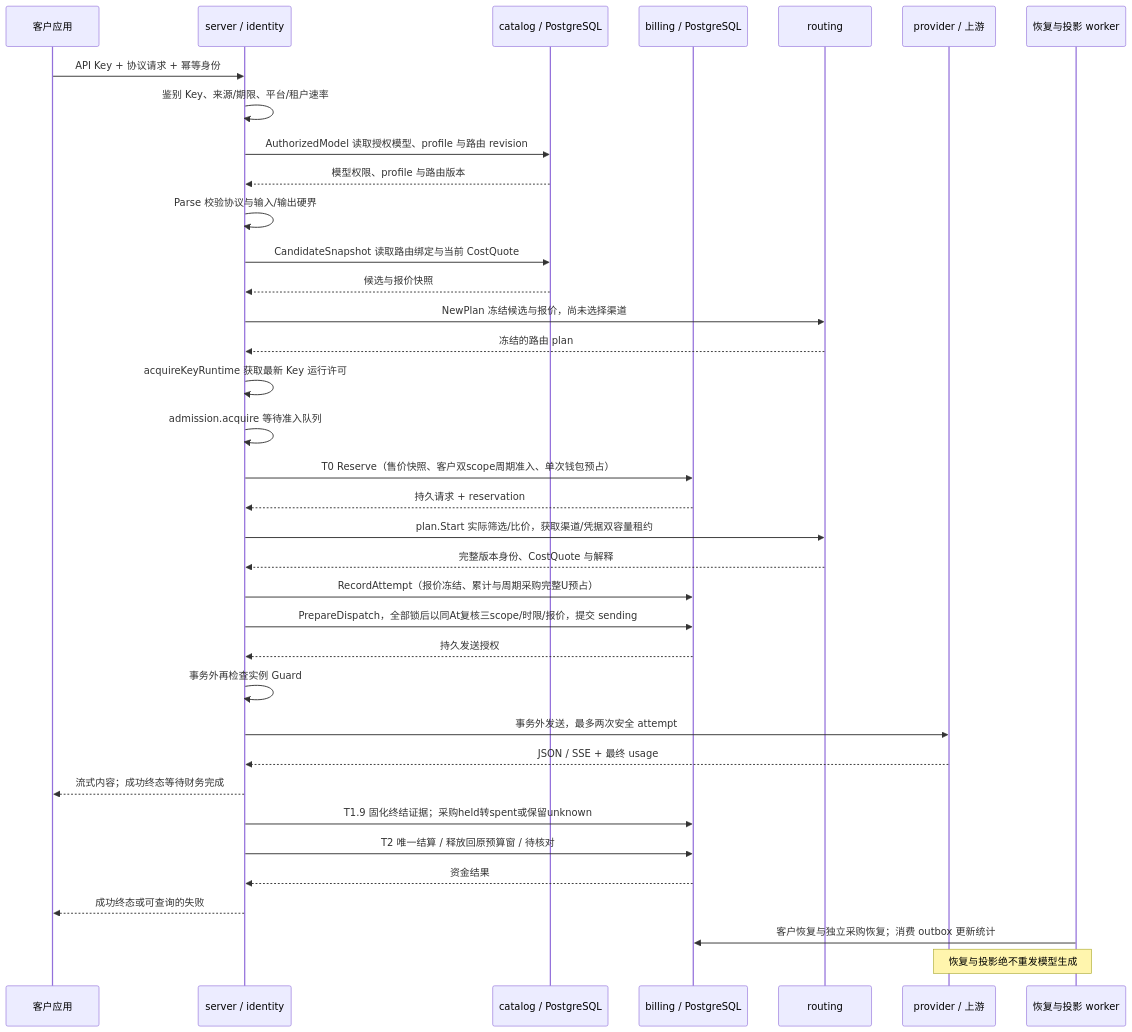
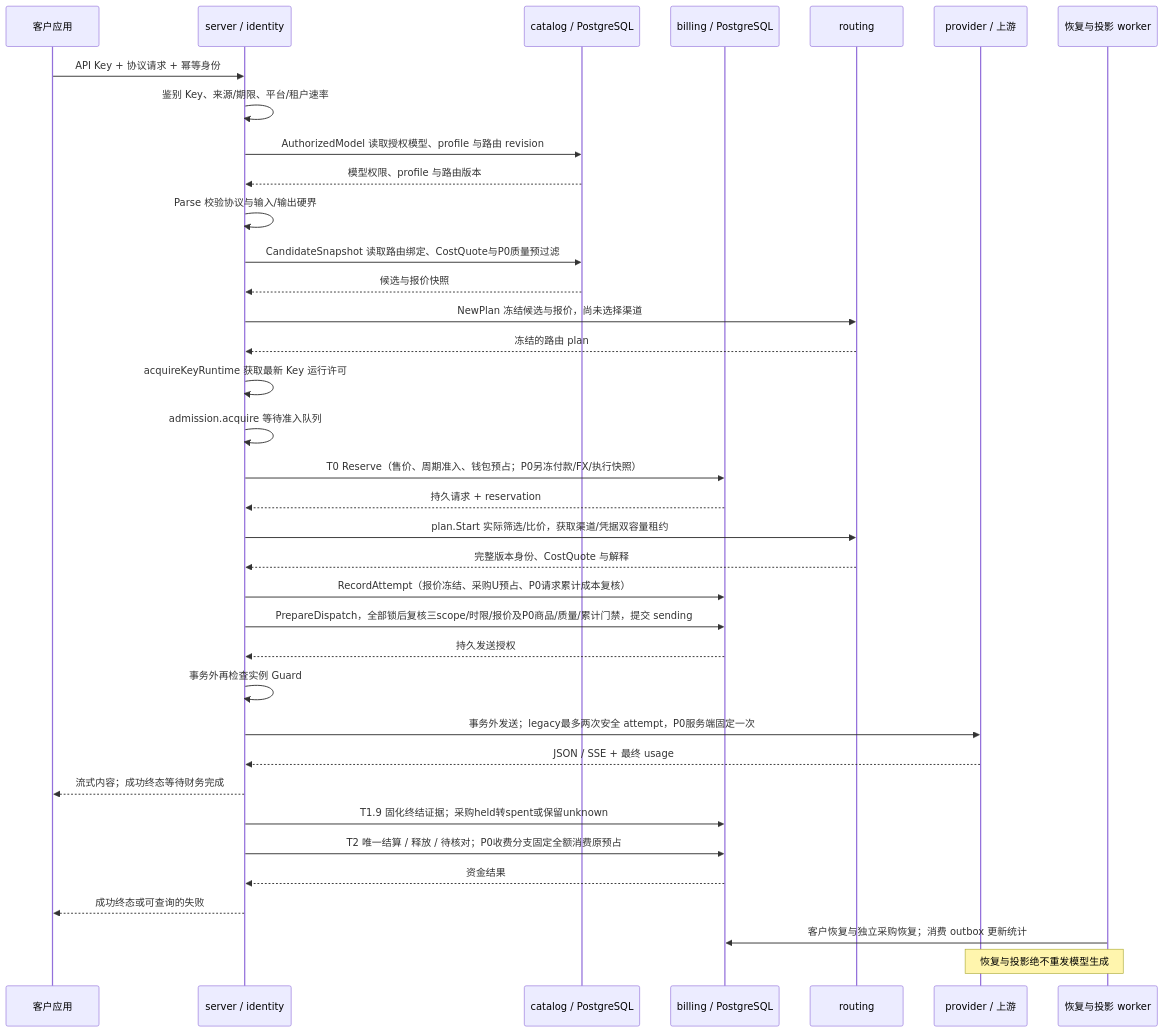
The sixth of 24 diagrams in docs/architecture/README.md (workhold/moni-aigate), drawn with Mermaid before and after one commit. The commit also changed other lines of this file and 68 other files, not shown here.

````diff
--- a/docs/architecture/README.md
+++ b/docs/architecture/README.md
@@ -636,38 +642,38 @@
 ```mermaid
 sequenceDiagram
     participant C as 客户应用
     participant S as server / identity
     participant K as catalog / PostgreSQL
     participant B as billing / PostgreSQL
     participant R as routing
     participant U as provider / 上游
     participant W as 恢复与投影 worker
     C->>S: API Key + 协议请求 + 幂等身份
     S->>S: 鉴别 Key、来源/期限、平台/租户速率
     S->>K: AuthorizedModel 读取授权模型、profile 与路由 revision
     K-->>S: 模型权限、profile 与路由版本
     S->>S: Parse 校验协议与输入/输出硬界
-    S->>K: CandidateSnapshot 读取路由绑定与当前 CostQuote
+    S->>K: CandidateSnapshot 读取路由绑定、CostQuote与P0质量预过滤
     K-->>S: 候选与报价快照
     S->>R: NewPlan 冻结候选与报价，尚未选择渠道
     R-->>S: 冻结的路由 plan
     S->>S: acquireKeyRuntime 获取最新 Key 运行许可
     S->>S: admission.acquire 等待准入队列
-    S->>B: T0 Reserve（售价快照、客户双scope周期准入、单次钱包预占）
+    S->>B: T0 Reserve（售价、周期准入、钱包预占；P0另冻付款/FX/执行快照）
     B-->>S: 持久请求 + reservation
     S->>R: plan.Start 实际筛选/比价，获取渠道/凭据双容量租约
     R-->>S: 完整版本身份、CostQuote 与解释
-    S->>B: RecordAttempt（报价冻结、累计与周期采购完整U预占）
-    S->>B: PrepareDispatch，全部锁后以同At复核三scope/时限/报价，提交 sending
+    S->>B: RecordAttempt（报价冻结、采购U预占、P0请求累计成本复核）
+    S->>B: PrepareDispatch，全部锁后复核三scope/时限/报价及P0商品/质量/累计门禁，提交 sending
     B-->>S: 持久发送授权
     S->>S: 事务外再检查实例 Guard
-    S->>U: 事务外发送，最多两次安全 attempt
+    S->>U: 事务外发送；legacy最多两次安全 attempt，P0服务端固定一次
     U-->>S: JSON / SSE + 最终 usage
     S-->>C: 流式内容；成功终态等待财务完成
     S->>B: T1.9 固化终结证据；采购held转spent或保留unknown
-    S->>B: T2 唯一结算 / 释放回原预算窗 / 待核对
+    S->>B: T2 唯一结算 / 释放 / 待核对；P0收费分支固定全额消费原预占
     B-->>S: 资金结果
     S-->>C: 成功终态或可查询的失败
     W->>B: 客户恢复与独立采购恢复；消费 outbox 更新统计
     Note over W,U: 恢复与投影绝不重发模型生成
 ```
````
